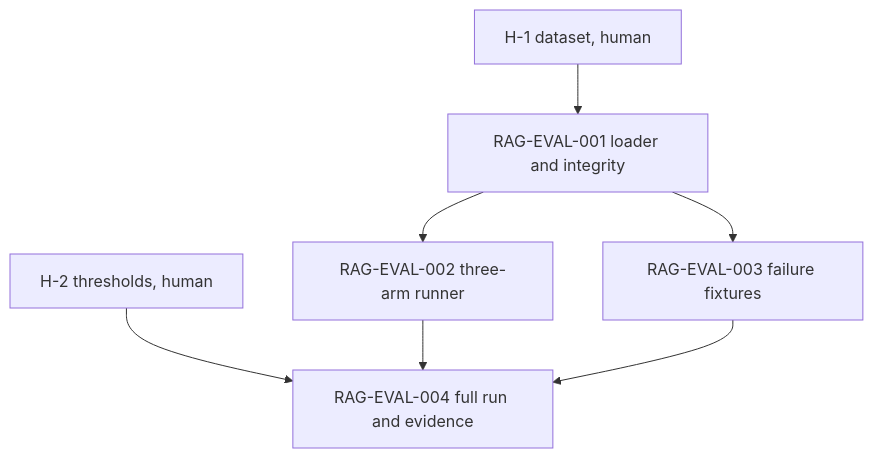
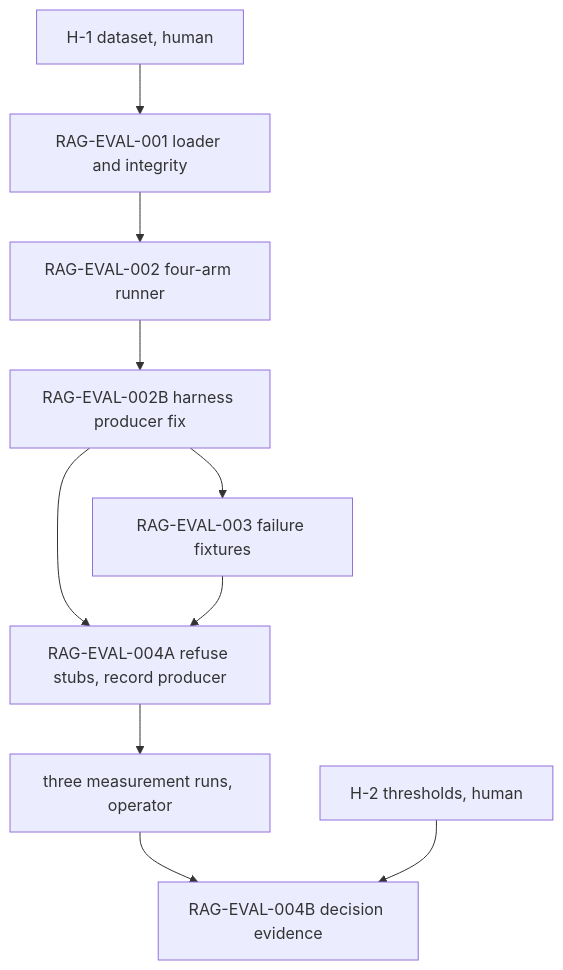
The diagram in docs/plans/PLAN-SOP-RAG-Evaluation.md (imhttran/agentic-sop), drawn with Mermaid before and after one commit. The commit also changed other lines of this file, not shown here.

Commit message:
docs: split RAG-EVAL-004 around operator measurement runs

````diff
--- a/docs/plans/PLAN-SOP-RAG-Evaluation.md
+++ b/docs/plans/PLAN-SOP-RAG-Evaluation.md
@@ -350,15 +397,21 @@
 ```mermaid
 graph TD
     H1[H-1 dataset, human]
     H2[H-2 thresholds, human]
     E1[RAG-EVAL-001 loader and integrity]
-    E2[RAG-EVAL-002 three-arm runner]
+    E2[RAG-EVAL-002 four-arm runner]
+    E2B[RAG-EVAL-002B harness producer fix]
     E3[RAG-EVAL-003 failure fixtures]
-    E4[RAG-EVAL-004 full run and evidence]
+    E4A[RAG-EVAL-004A refuse stubs, record producer]
+    R[three measurement runs, operator]
+    E4B[RAG-EVAL-004B decision evidence]
     H1 --> E1
-    H2 --> E4
     E1 --> E2
-    E1 --> E3
-    E2 --> E4
-    E3 --> E4
+    E2 --> E2B
+    E2B --> E3
+    E2B --> E4A
+    E3 --> E4A
+    E4A --> R
+    R --> E4B
+    H2 --> E4B
 ```
````
